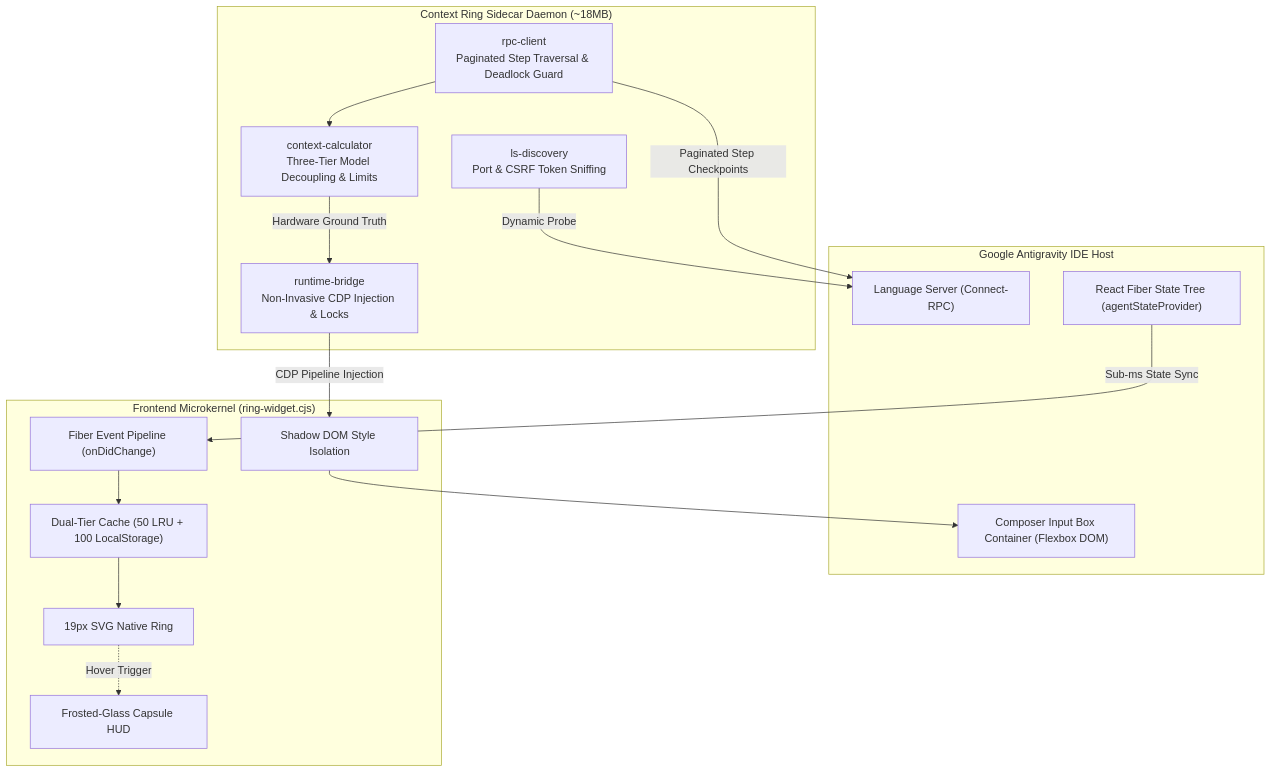
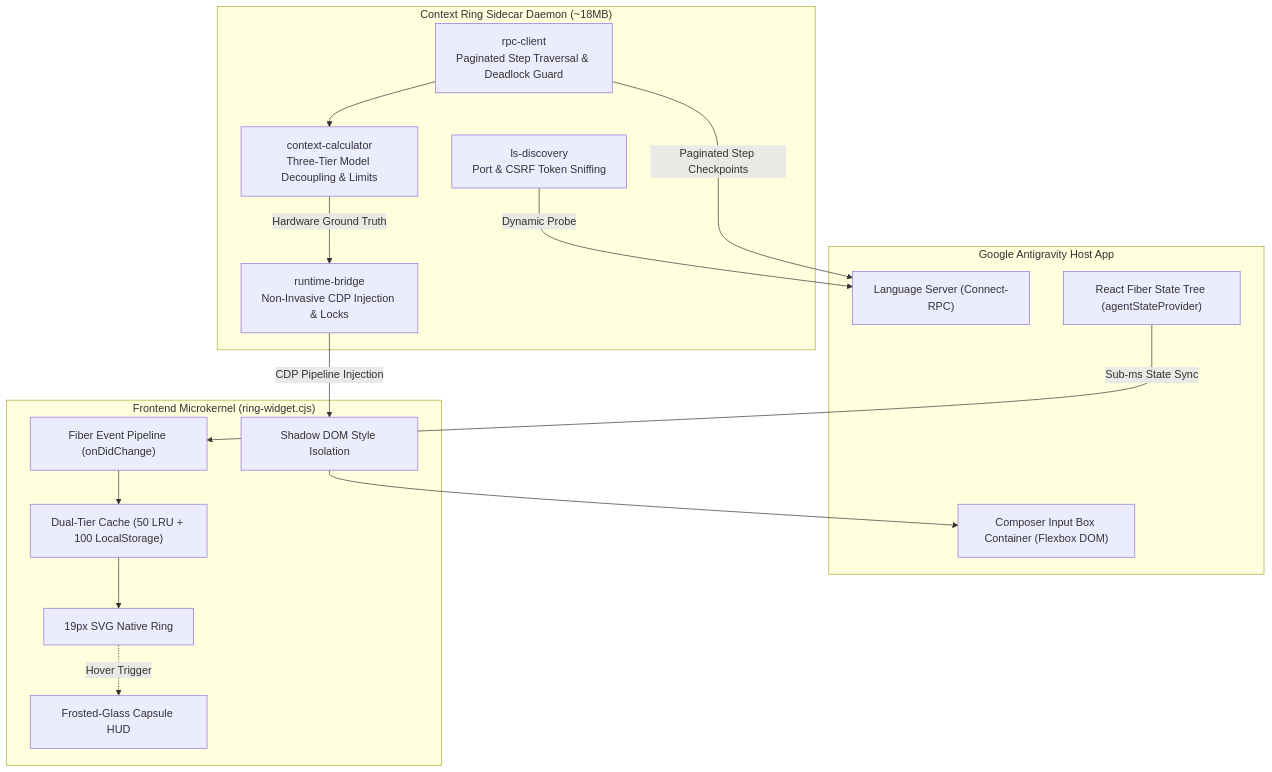
Before and after one commit to brien9/antigravity-context-ring: the diagram in README_EN.md, drawn with Mermaid. The commit also changed other lines of this file and 5 other files, not shown here.

Commit message:
docs: replace incorrect IDE naming with Google Antigravity App across all assets

````diff
--- a/README_EN.md
+++ b/README_EN.md
@@ -101,34 +101,34 @@
 ```mermaid
 flowchart TD
-    subgraph AntigravityHost["Google Antigravity IDE Host"]
+    subgraph AntigravityHost["Google Antigravity Host App"]
         LS["Language Server (Connect-RPC)"]
         Fiber["React Fiber State Tree (agentStateProvider)"]
         UI["Composer Input Box Container (Flexbox DOM)"]
     end
 
     subgraph SidecarEngine["Context Ring Sidecar Daemon (~18MB)"]
         Discovery["ls-discovery<br/>Port & CSRF Token Sniffing"]
         Rpc["rpc-client<br/>Paginated Step Traversal & Deadlock Guard"]
         Calc["context-calculator<br/>Three-Tier Model Decoupling & Limits"]
         Bridge["runtime-bridge<br/>Non-Invasive CDP Injection & Locks"]
     end
 
     subgraph NativeWidget["Frontend Microkernel (ring-widget.cjs)"]
         ShadowRoot["Shadow DOM Style Isolation"]
         RingDOM["19px SVG Native Ring"]
         TooltipDOM["Frosted-Glass Capsule HUD"]
         SWRMap["Dual-Tier Cache (50 LRU + 100 LocalStorage)"]
         FiberObserver["Fiber Event Pipeline (onDidChange)"]
     end
 
     Discovery -->|"Dynamic Probe"| LS
     Rpc -->|"Paginated Step Checkpoints"| LS
     Rpc --> Calc
     Calc -->|"Hardware Ground Truth"| Bridge
     Bridge -->|"CDP Pipeline Injection"| ShadowRoot
     ShadowRoot --> UI
     Fiber -->|"Sub-ms State Sync"| FiberObserver
     FiberObserver --> SWRMap
     SWRMap --> RingDOM
     RingDOM -.->|"Hover Trigger"| TooltipDOM
 ```
````
